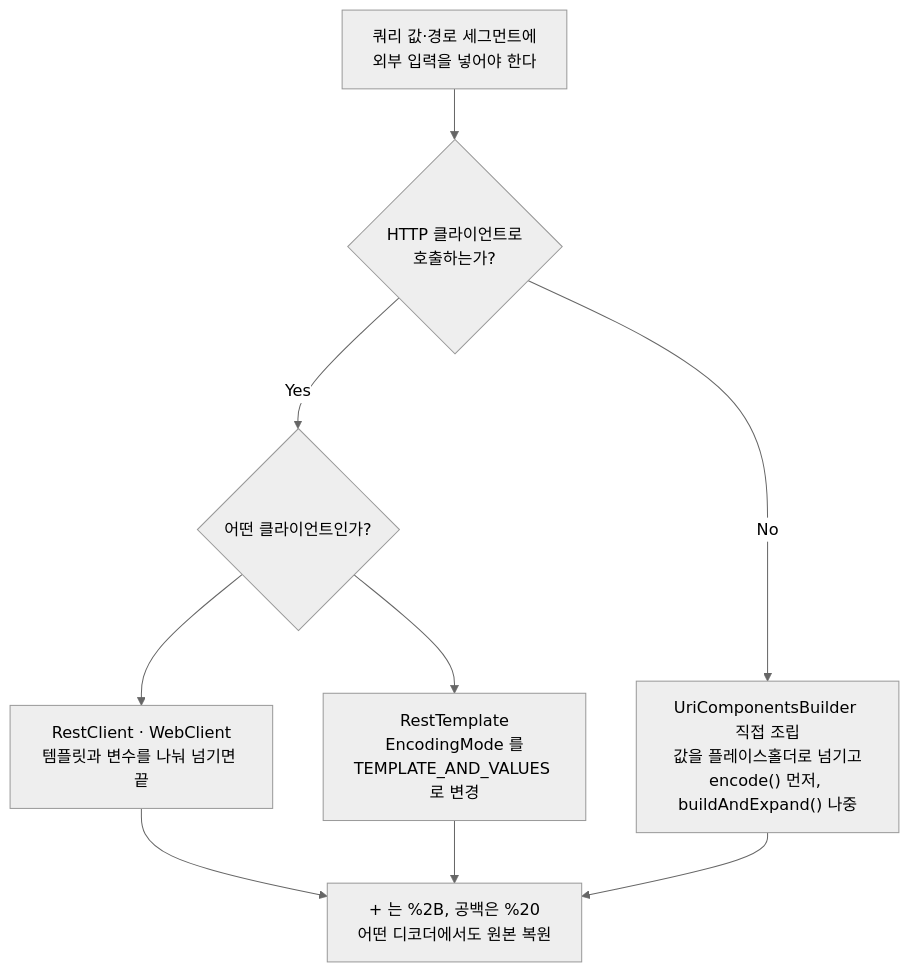
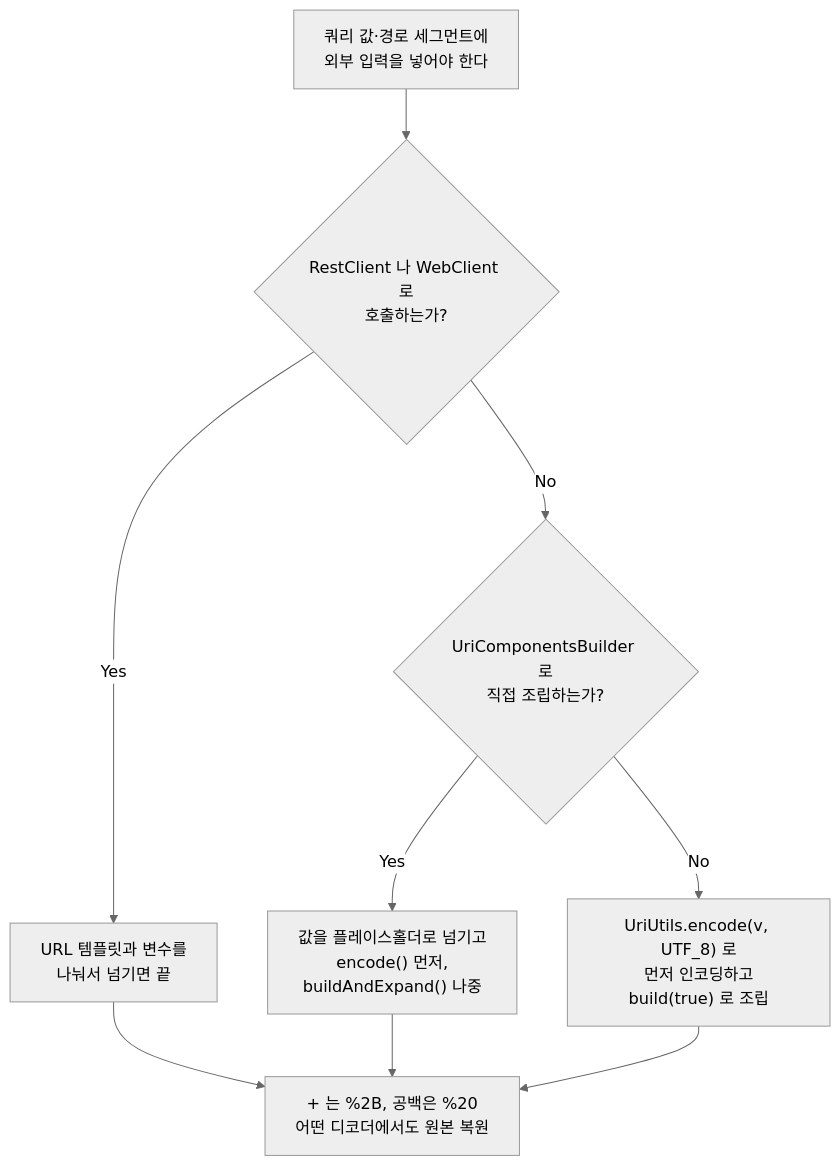
The diagram in src/content/blog/spring-url-percent-encoding-uriutils-vs-urlencoder.md (snowink1137/blog), drawn with Mermaid (neutral theme) before and after one commit. The commit also changed other lines of this file, not shown here.

First line of the commit message:
URL 인코딩 글 2차 개고: 문자 분류 설명 추가, RestTemplate 비중 축소

````diff
--- a/src/content/blog/spring-url-percent-encoding-uriutils-vs-urlencoder.md
+++ b/src/content/blog/spring-url-percent-encoding-uriutils-vs-urlencoder.md
@@ -308,19 +298,19 @@
 ```mermaid
 flowchart TB
     START["쿼리 값·경로 세그먼트에<br/>외부 입력을 넣어야 한다"]
-    Q1{"HTTP 클라이언트로<br/>호출하는가?"}
-    Q2{"어떤 클라이언트인가?"}
-    A1["RestClient · WebClient<br/>템플릿과 변수를 나눠 넘기면 끝"]
-    A2["RestTemplate<br/>EncodingMode 를<br/>TEMPLATE_AND_VALUES 로 변경"]
-    A3["UriComponentsBuilder 직접 조립<br/>값을 플레이스홀더로 넘기고<br/>encode() 먼저, buildAndExpand() 나중"]
+    Q1{"RestClient 나 WebClient 로<br/>호출하는가?"}
+    A1["URL 템플릿과 변수를<br/>나눠서 넘기면 끝"]
+    Q2{"UriComponentsBuilder 로<br/>직접 조립하는가?"}
+    A2["값을 플레이스홀더로 넘기고<br/>encode() 먼저,<br/>buildAndExpand() 나중"]
+    A3["UriUtils.encode(v, UTF_8) 로<br/>먼저 인코딩하고<br/>build(true) 로 조립"]
     OK["+ 는 %2B, 공백은 %20<br/>어떤 디코더에서도 원본 복원"]
 
     START --> Q1
-    Q1 -->|Yes| Q2
-    Q1 -->|No| A3
-    Q2 --> A1
-    Q2 --> A2
+    Q1 -->|Yes| A1
+    Q1 -->|No| Q2
+    Q2 -->|Yes| A2
+    Q2 -->|No| A3
     A1 --> OK
     A2 --> OK
     A3 --> OK
 ```
````
